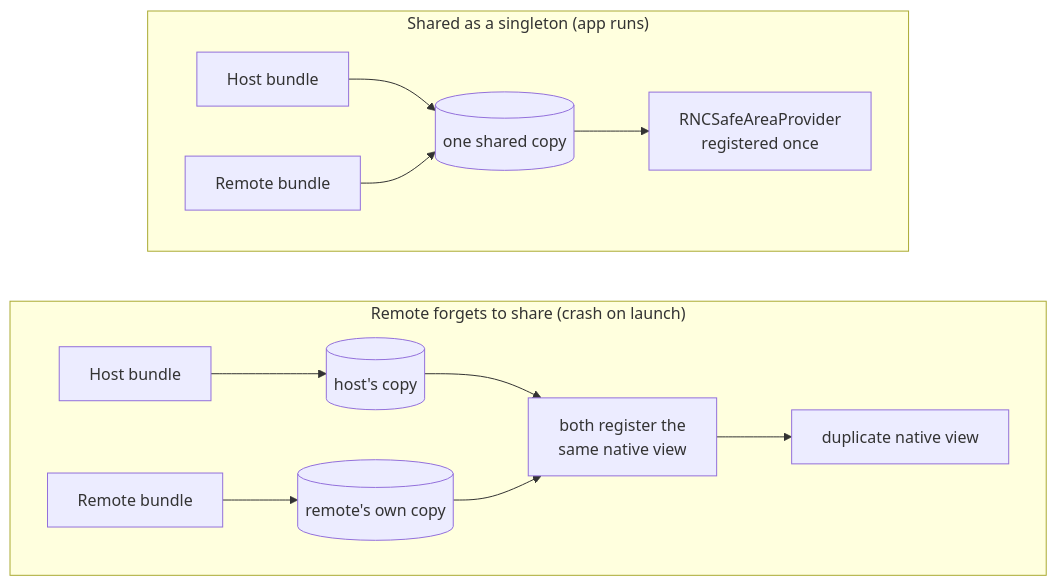
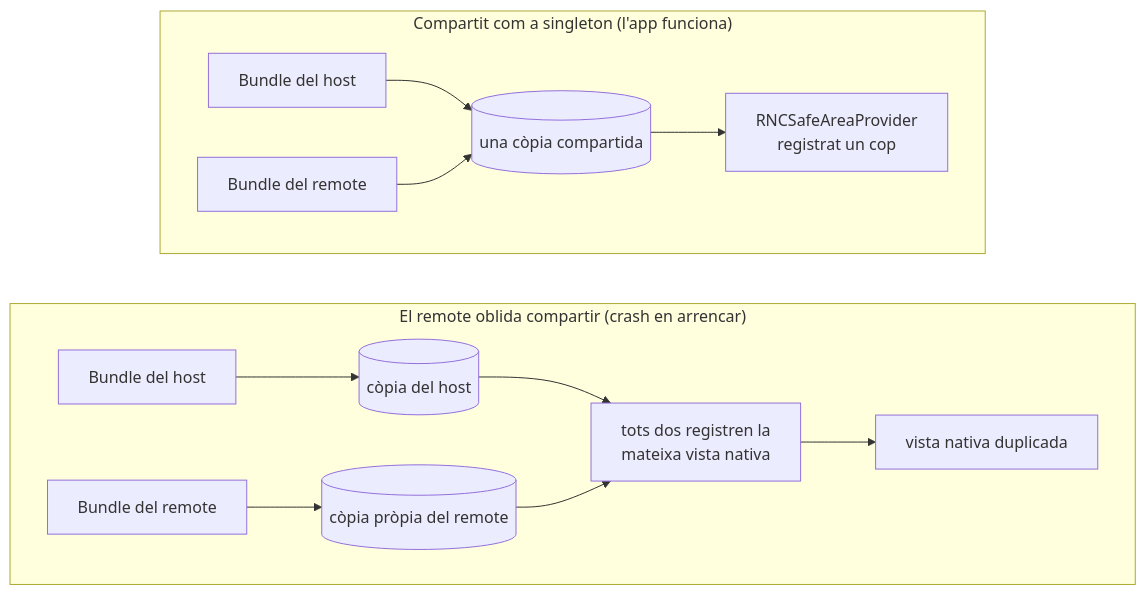
One commit to warrendeleon/warrendeleon.com changed the diagram in src/content/blog/ca/shared-singleton-contract-react-native.md. Above: the diagram before and after it, drawn with Mermaid. The commit also changed 11 other files, not shown here.

First line of the commit message:
🌐 i18n(blog): translate mermaid diagram labels (es/ca/tl)

````diff
--- a/src/content/blog/ca/shared-singleton-contract-react-native.md
+++ b/src/content/blog/ca/shared-singleton-contract-react-native.md
@@ -179,18 +179,18 @@
 ```mermaid
 flowchart TB
-    subgraph good["Shared as a singleton (app runs)"]
+    subgraph good["Compartit com a singleton (l'app funciona)"]
         direction LR
-        GH[Host bundle] --> GS[(one shared copy)]
-        GR[Remote bundle] --> GS
-        GS --> GOK["RNCSafeAreaProvider\nregistered once"]
+        GH[Bundle del host] --> GS[(una còpia compartida)]
+        GR[Bundle del remote] --> GS
+        GS --> GOK["RNCSafeAreaProvider\nregistrat un cop"]
     end
-    subgraph bad["Remote forgets to share (crash on launch)"]
+    subgraph bad["El remote oblida compartir (crash en arrencar)"]
         direction LR
-        BH[Host bundle] --> BHC[(host's copy)]
-        BR[Remote bundle] --> BRC[(remote's own copy)]
-        BHC --> BREG["both register the\nsame native view"]
+        BH[Bundle del host] --> BHC[(còpia del host)]
+        BR[Bundle del remote] --> BRC[(còpia pròpia del remote)]
+        BHC --> BREG["tots dos registren la\nmateixa vista nativa"]
         BRC --> BREG
-        BREG --> BX["duplicate native view"]
+        BREG --> BX["vista nativa duplicada"]
     end
     good ~~~ bad
 ```
````
